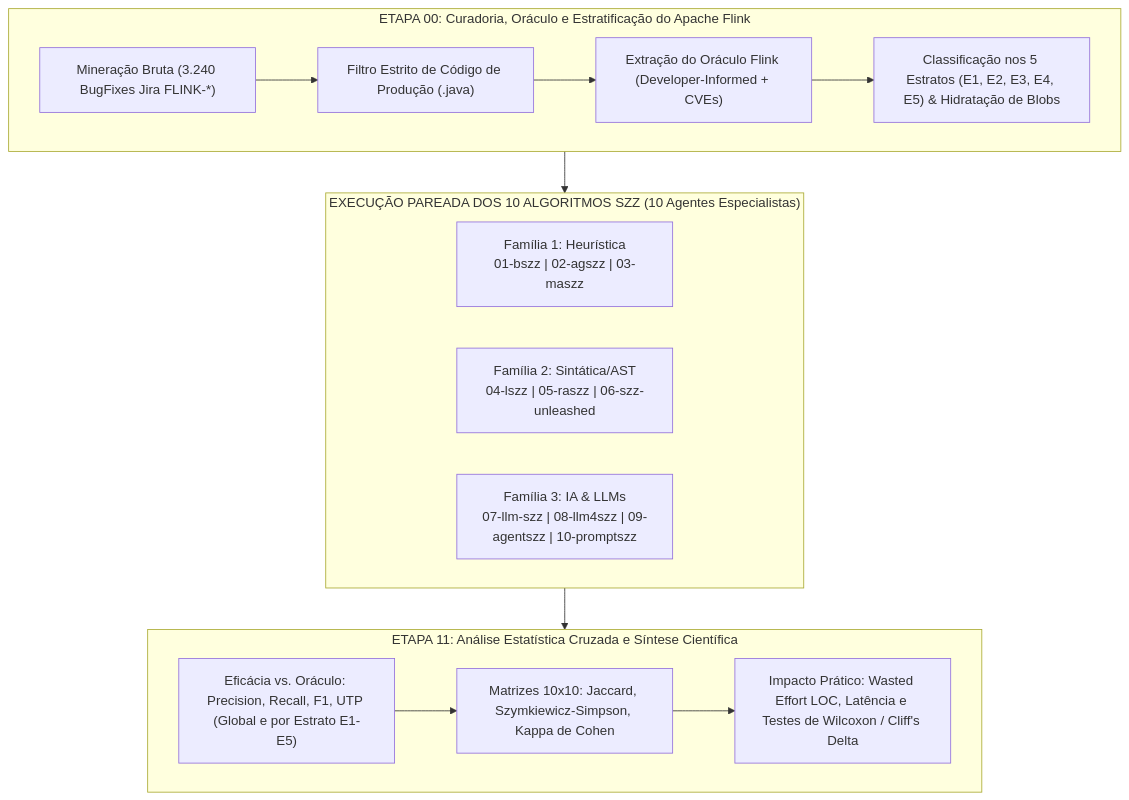
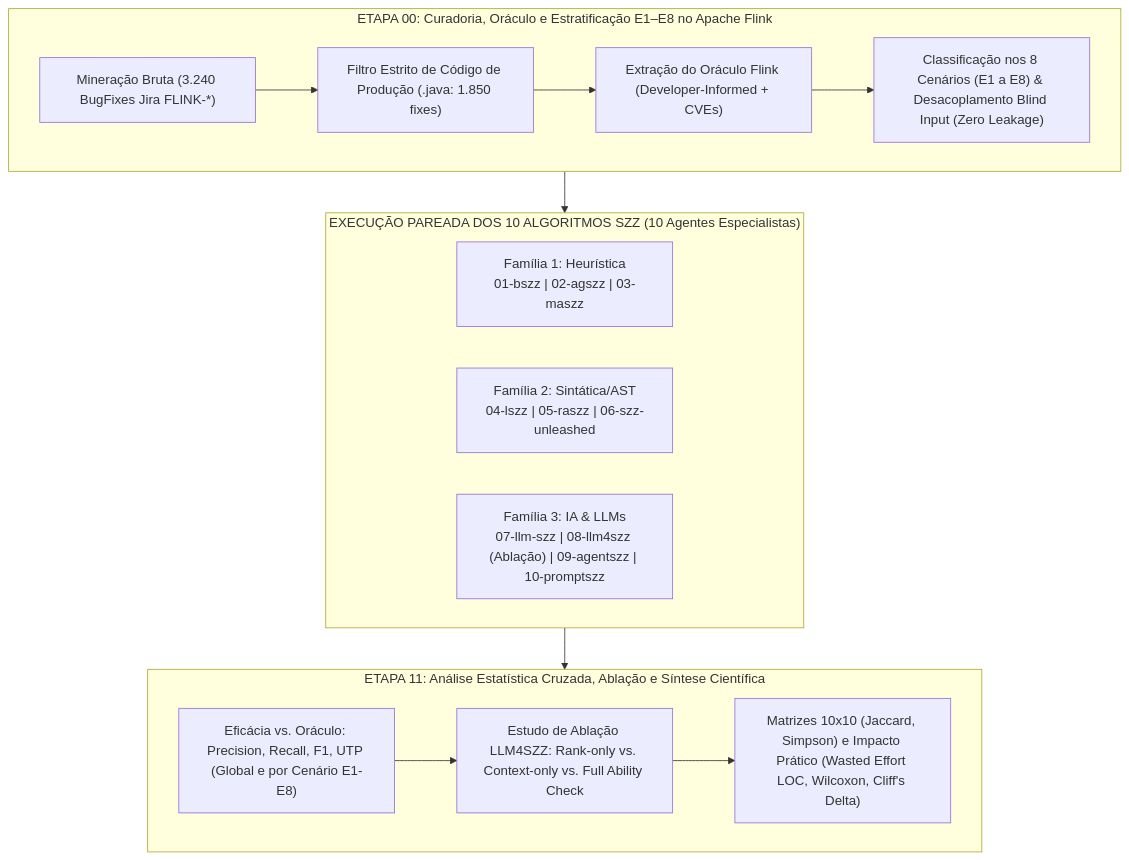
One commit to ArturHenriqueDeCarvalho/mestrado changed the diagram in docs/04-governanca/protocolo-execucao-experimental.md. Above: the diagram before and after it, drawn with Mermaid. The commit also changed other lines of this file and 34 other files, not shown here.

Commit message:
feat(szz-benchmark): expandir para 143 commits no Flink E1-E8, ablação do LLM4SZZ, artigo em LaTeX/PDF e link Overleaf

````diff
--- a/docs/04-governanca/protocolo-execucao-experimental.md
+++ b/docs/04-governanca/protocolo-execucao-experimental.md
@@ -15,26 +15,26 @@
 ```mermaid
 flowchart TD
-    subgraph F0["ETAPA 00: Curadoria, Oráculo e Estratificação do Apache Flink"]
+    subgraph F0["ETAPA 00: Curadoria, Oráculo e Estratificação E1–E8 no Apache Flink"]
         C1["Mineração Bruta (3.240 BugFixes Jira FLINK-*)"]
-        C2["Filtro Estrito de Código de Produção (.java)"]
+        C2["Filtro Estrito de Código de Produção (.java: 1.850 fixes)"]
         C3["Extração do Oráculo Flink (Developer-Informed + CVEs)"]
-        C4["Classificação nos 5 Estratos (E1, E2, E3, E4, E5) & Hidratação de Blobs"]
+        C4["Classificação nos 8 Cenários (E1 a E8) & Desacoplamento Blind Input (Zero Leakage)"]
         C1 --> C2 --> C3 --> C4
     end
 
     subgraph F1["EXECUÇÃO PAREADA DOS 10 ALGORITMOS SZZ (10 Agentes Especialistas)"]
         direction LR
         H["Família 1: Heurística<br>01-bszz | 02-agszz | 03-maszz"]
         S["Família 2: Sintática/AST<br>04-lszz | 05-raszz | 06-szz-unleashed"]
-        L["Família 3: IA & LLMs<br>07-llm-szz | 08-llm4szz | 09-agentszz | 10-promptszz"]
+        L["Família 3: IA & LLMs<br>07-llm-szz | 08-llm4szz (Ablação) | 09-agentszz | 10-promptszz"]
     end
 
-    subgraph F2["ETAPA 11: Análise Estatística Cruzada e Síntese Científica"]
-        M1["Eficácia vs. Oráculo: Precision, Recall, F1, UTP (Global e por Estrato E1-E5)"]
-        M2["Matrizes 10x10: Jaccard, Szymkiewicz-Simpson, Kappa de Cohen"]
-        M3["Impacto Prático: Wasted Effort LOC, Latência e Testes de Wilcoxon / Cliff's Delta"]
+    subgraph F2["ETAPA 11: Análise Estatística Cruzada, Ablação e Síntese Científica"]
+        M1["Eficácia vs. Oráculo: Precision, Recall, F1, UTP (Global e por Cenário E1-E8)"]
+        M2["Estudo de Ablação LLM4SZZ: Rank-only vs. Context-only vs. Full Ability Check"]
+        M3["Matrizes 10x10 (Jaccard, Simpson) e Impacto Prático (Wasted Effort LOC, Wilcoxon, Cliff's Delta)"]
         M1 --> M2 --> M3
     end
 
     F0 --> F1 --> F2
 ```
````
